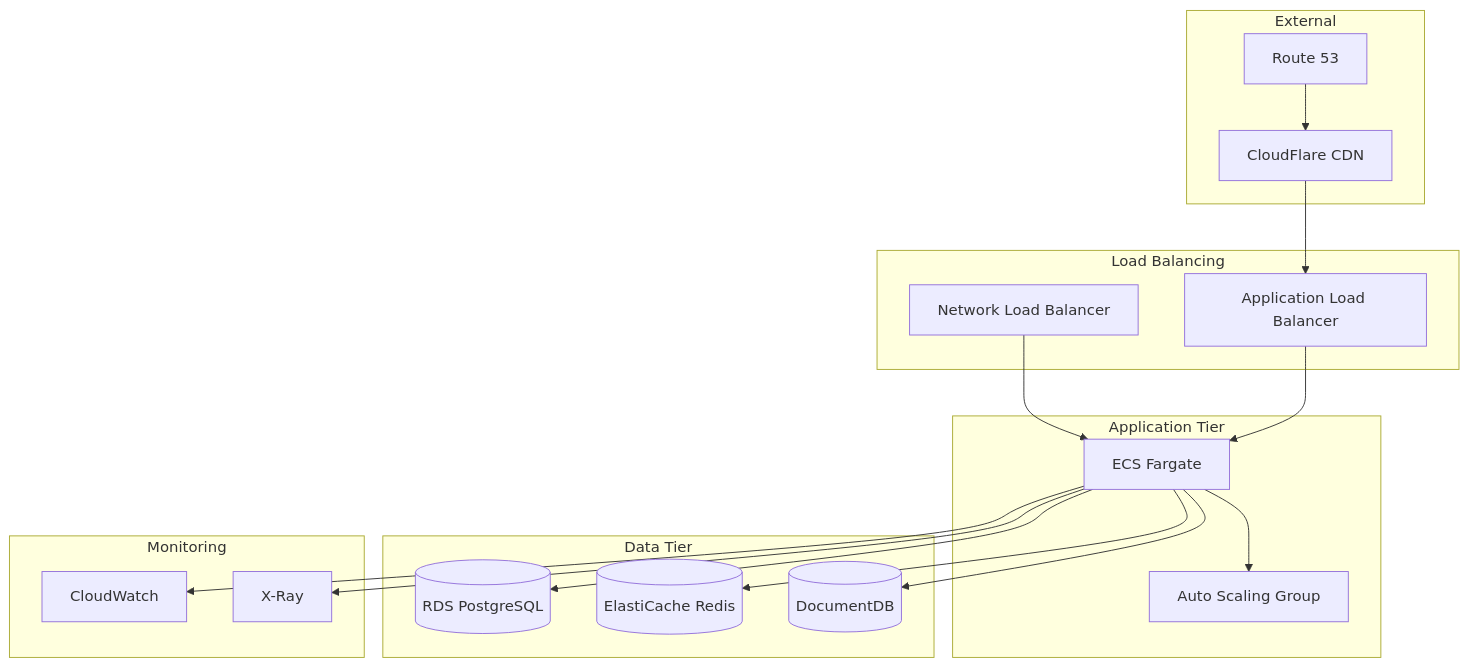
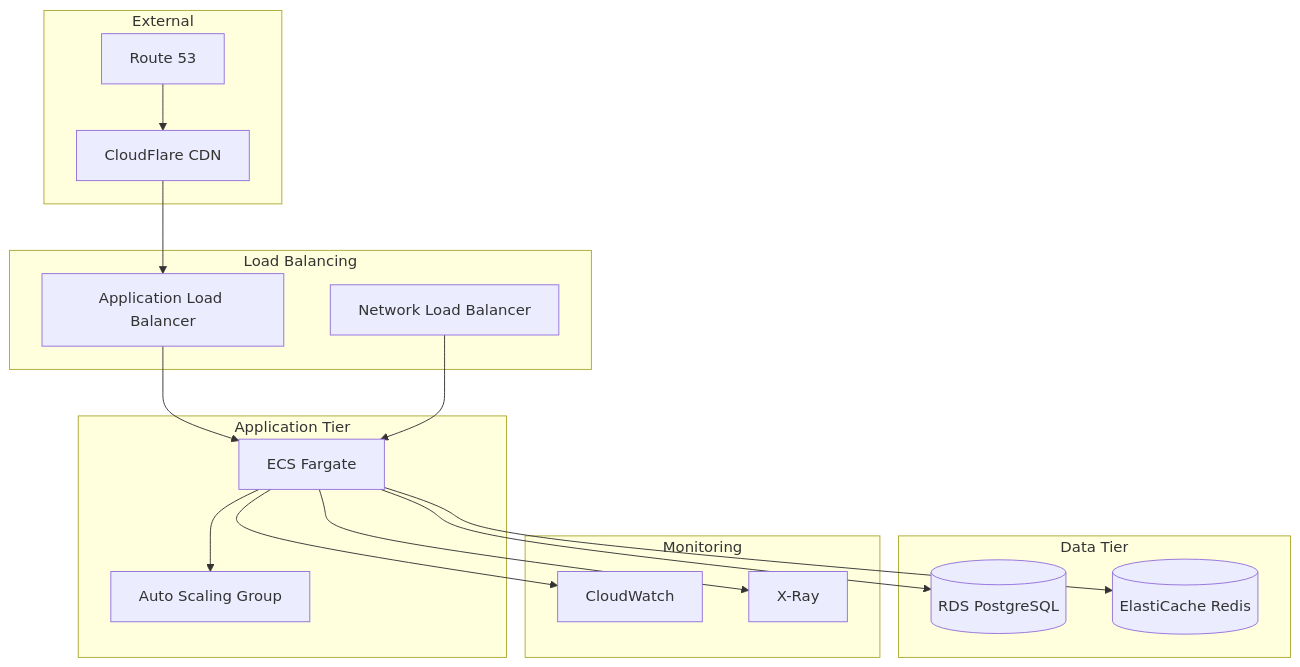
The sixth of 6 diagrams in ARCHITECTURE.md (jairosoft-com/template-expressjs-typescript-mongodb-pgsql-2025), drawn with Mermaid before and after one commit. The commit also changed other lines of this file and 6 other files, not shown here.

First line of the commit message:
feat: align specification document with PostgreSQL-only architecture

````diff
--- a/ARCHITECTURE.md
+++ b/ARCHITECTURE.md
@@ -466,39 +465,37 @@
 ```mermaid
 graph TB
     subgraph "External"
         CDN[CloudFlare CDN]
         DNS[Route 53]
     end
     
     subgraph "Load Balancing"
         ALB[Application Load Balancer]
         NLB[Network Load Balancer]
     end
     
     subgraph "Application Tier"
         ECS[ECS Fargate]
         ASG[Auto Scaling Group]
     end
     
     subgraph "Data Tier"
         RDS[(RDS PostgreSQL)]
         ELASTICACHE[(ElastiCache Redis)]
-        DOCDB[(DocumentDB)]
     end
     
     subgraph "Monitoring"
         CW[CloudWatch]
         XRAY[X-Ray]
     end
     
     DNS --> CDN
     CDN --> ALB
     ALB --> ECS
     NLB --> ECS
     ECS --> ASG
     ECS --> RDS
     ECS --> ELASTICACHE
-    ECS --> DOCDB
     ECS --> CW
     ECS --> XRAY
 ```
````
